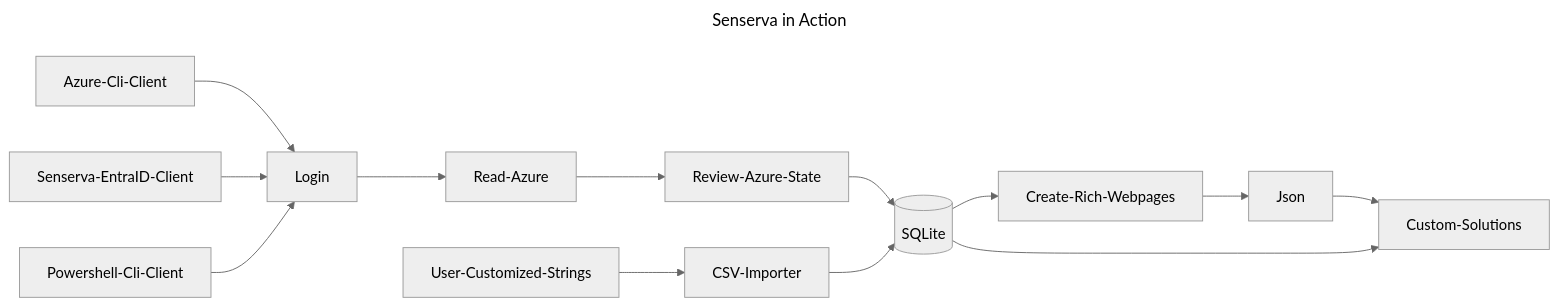
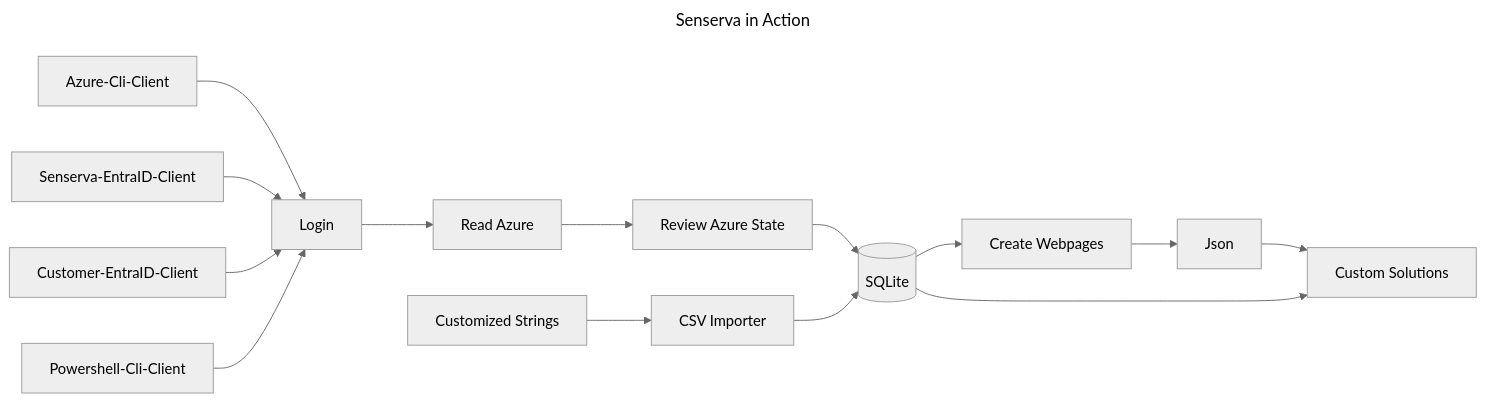
Before and after one commit to Senserva-LLC/Senserva-Inquisitor: the diagram in README.md, drawn with Mermaid (neutral theme).

````diff
--- a/README.md
+++ b/README.md
@@ -28,17 +28,18 @@
 ```mermaid
 ---
 title: Senserva in Action
 ---
 
 
 graph LR;
-    Login --> Read-Azure --> Review-Azure-State --> Database[(SQLite)] --> Create-Rich-Webpages;
+    Login --> read-azure[Read Azure] --> Review-Azure-State[Review Azure State] --> Database[(SQLite)] --> Create-Webpages[Create Webpages];
     Azure-Cli-Client-->Login;
     Senserva-EntraID-Client-->Login;
+    Customer-EntraID-Client-->Login;
     Powershell-Cli-Client -->Login;
-    User-Customized-Strings --> CSV-Importer;
+    User-Customized-Strings[Customized Strings] --> CSV-Importer[CSV Importer];
     CSV-Importer --> Database[(SQLite)]
-    Create-Rich-Webpages --> Json;
+    Create-Webpages --> Json;
     Json --> Custom-Solutions;
-    Database[(SQLite)] --> Custom-Solutions
+    Database[(SQLite)] --> Custom-Solutions[Custom Solutions]
 ```
````
